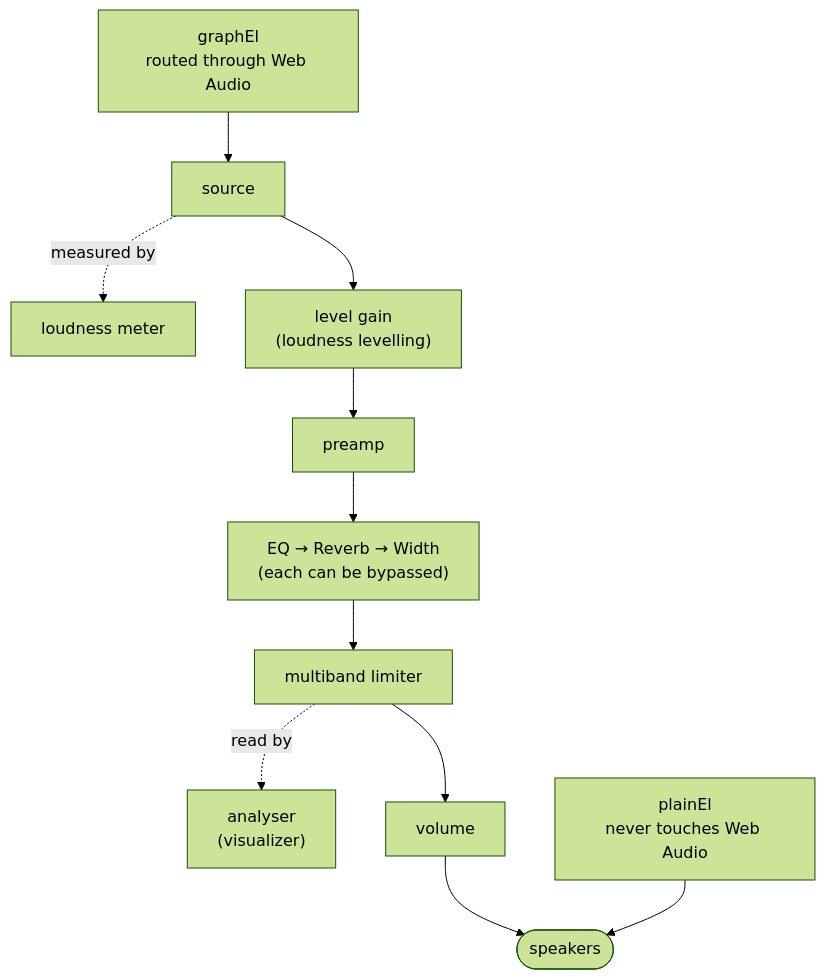
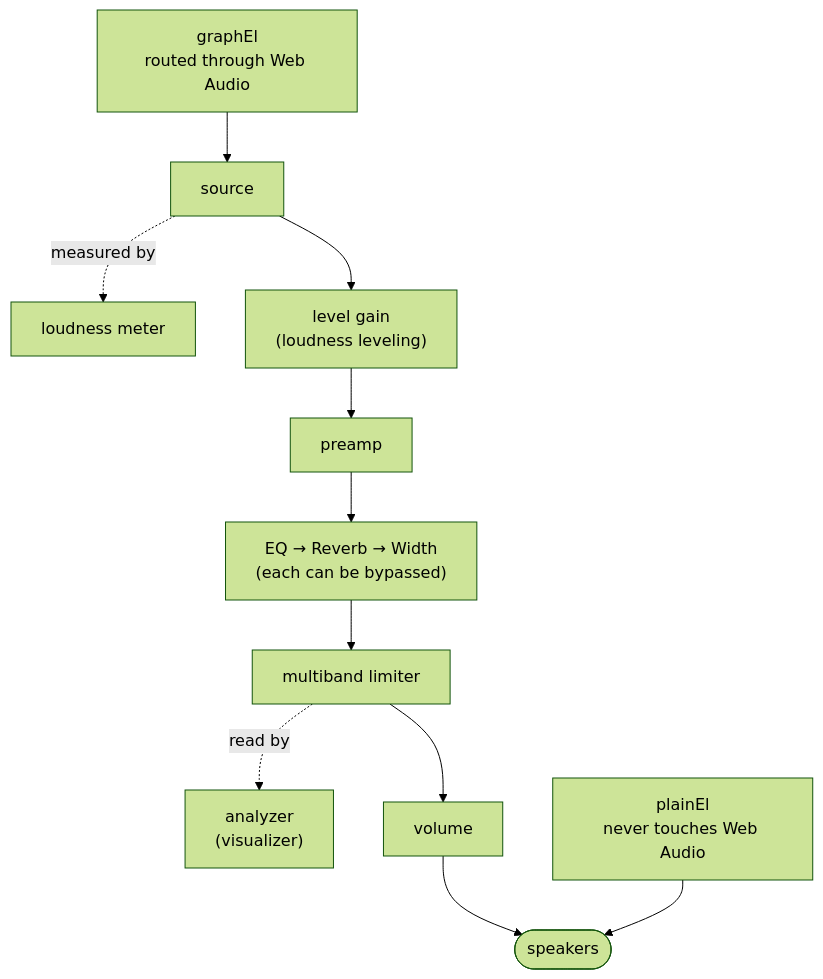
The diagram in README.md (vlad-ignatov/audioroom), drawn with Mermaid (forest theme) before and after one commit. The commit also changed other lines of this file and 2 other files, not shown here.

First line of the commit message:
Turn IDEA.md into a roadmap for contributors

````diff
--- a/README.md
+++ b/README.md
@@ -185,13 +185,13 @@
 ```mermaid
 flowchart TD
     G["graphEl<br/>routed through Web Audio"] --> S[source]
     S -. measured by .-> M[loudness meter]
-    S --> L["level gain<br/>(loudness levelling)"]
+    S --> L["level gain<br/>(loudness leveling)"]
     L --> P[preamp]
     P --> FX["EQ → Reverb → Width<br/>(each can be bypassed)"]
     FX --> LIM[multiband limiter]
-    LIM -. read by .-> A["analyser<br/>(visualizer)"]
+    LIM -. read by .-> A["analyzer<br/>(visualizer)"]
     LIM --> V[volume]
     V --> SP([speakers])
     PE["plainEl<br/>never touches Web Audio"] --> SP
 ```
````
